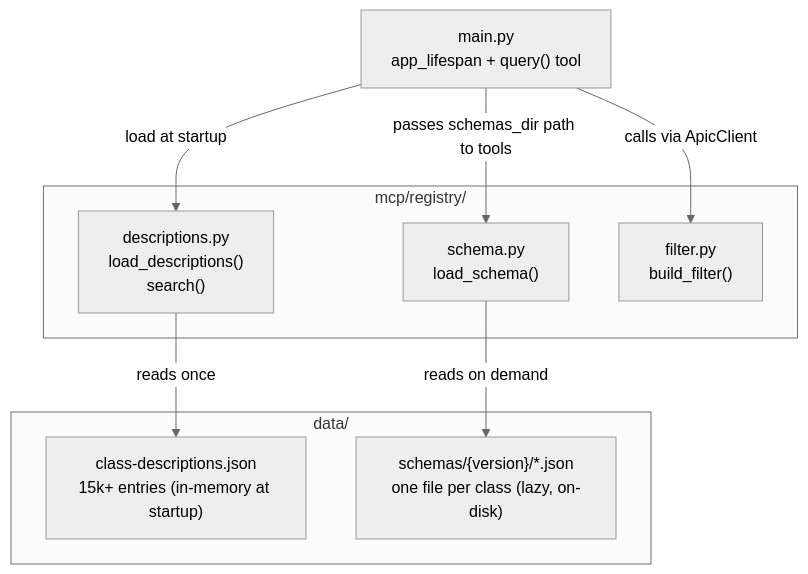
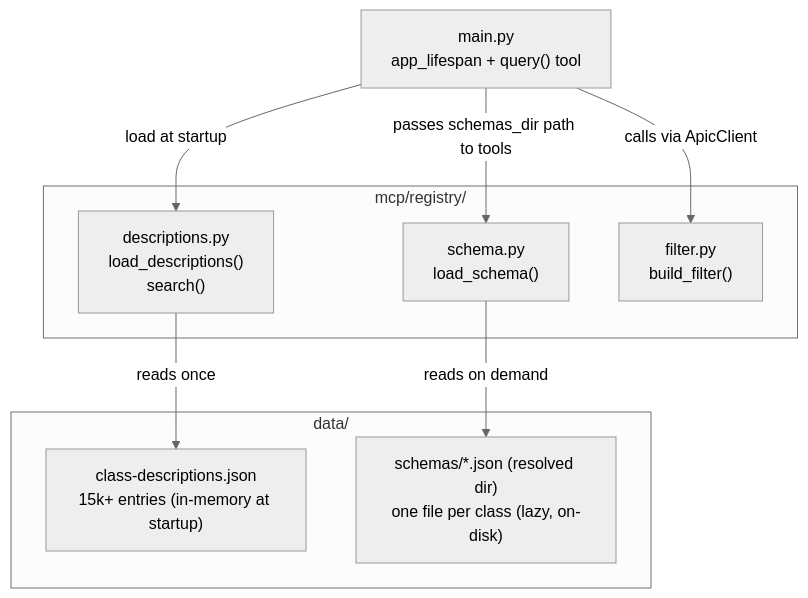
One commit to k3l0-dev/aci-mcp changed the first of 4 diagrams in docs/internals/registry.md. Above: the diagram before and after it, drawn with Mermaid (neutral theme). The commit also changed other lines of this file and 19 other files, not shown here.

````diff
--- a/docs/internals/registry.md
+++ b/docs/internals/registry.md
@@ -9,21 +9,21 @@
 ```mermaid
 graph TD
     subgraph registry["mcp/registry/"]
         desc["descriptions.py\nload_descriptions()\nsearch()"]
         schema["schema.py\nload_schema()"]
         filt["filter.py\nbuild_filter()"]
     end
 
     subgraph data["data/"]
         json["class-descriptions.json\n15k+ entries (in-memory at startup)"]
-        schemas_dir["schemas/{version}/*.json\none file per class (lazy, on-disk)"]
+        schemas_dir["schemas/*.json (resolved dir)\none file per class (lazy, on-disk)"]
     end
 
     main["main.py\napp_lifespan + query() tool"]
 
     main -->|"load at startup"| desc
     desc -->|"reads once"| json
     main -->|"passes schemas_dir path to tools"| schema
     schema -->|"reads on demand"| schemas_dir
     main -->|"calls via ApicClient"| filt
 ```
````
